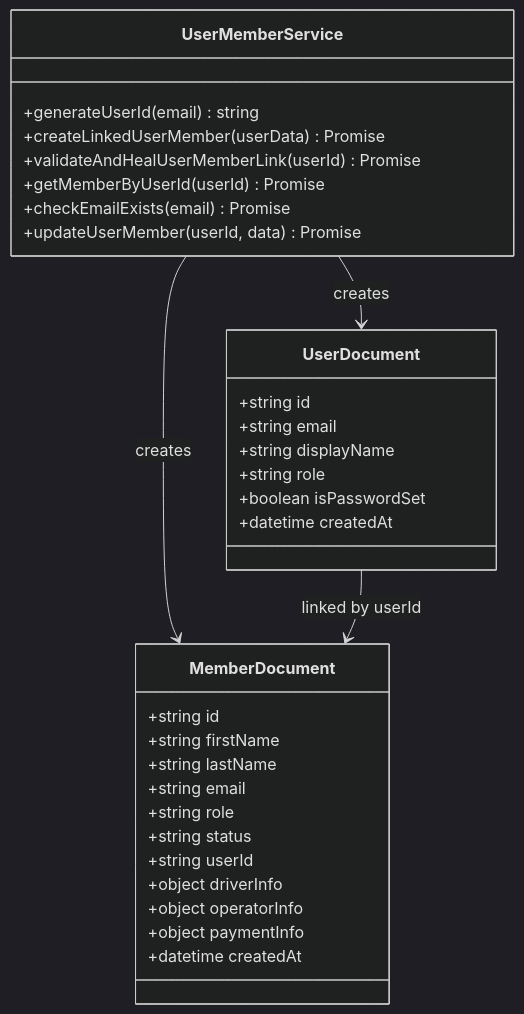
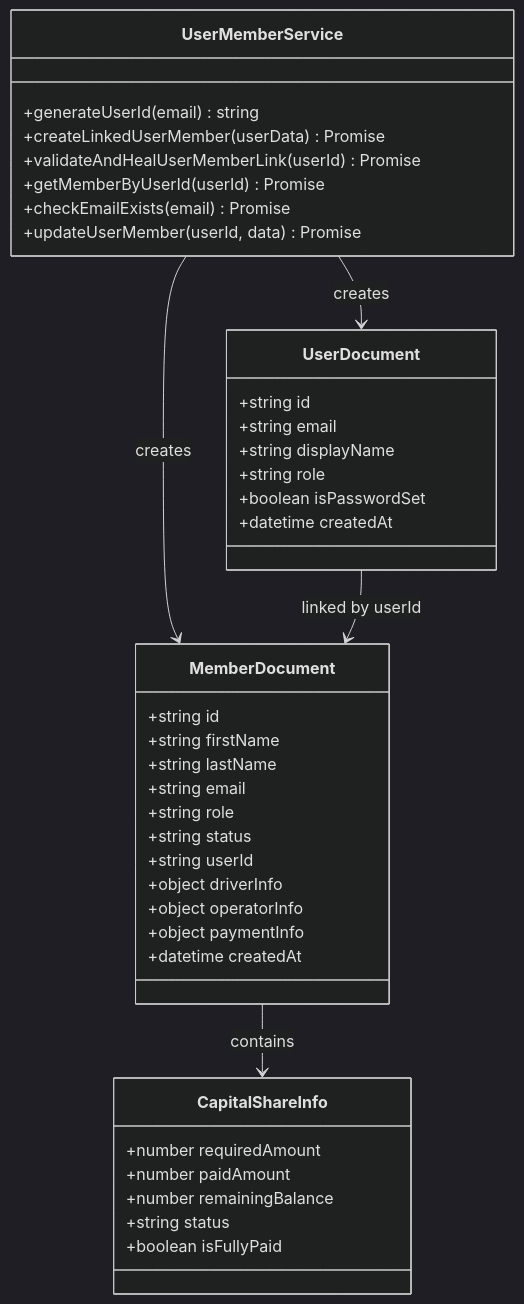
Before and after one commit to Unsure-bry/sampacoop_system: the seventh of 12 diagrams in .qoder/repowiki/en/content/Project Overview/Core Features & Functionality/Administrative Features/Capital Shares Management System.md, drawn with Mermaid (dark theme). The commit also changed other lines of this file and 5 other files, not shown here.

````diff
--- a/.qoder/repowiki/en/content/Project Overview/Core Features & Functionality/Administrative Features/Capital Shares Management System.md
+++ b/.qoder/repowiki/en/content/Project Overview/Core Features & Functionality/Administrative Features/Capital Shares Management System.md
@@ -294,35 +361,43 @@
 ```mermaid
 classDiagram
 class UserMemberService {
 +generateUserId(email) string
 +createLinkedUserMember(userData) Promise
 +validateAndHealUserMemberLink(userId) Promise
 +getMemberByUserId(userId) Promise
 +checkEmailExists(email) Promise
 +updateUserMember(userId, data) Promise
 }
 class UserDocument {
 +string id
 +string email
 +string displayName
 +string role
 +boolean isPasswordSet
 +datetime createdAt
 }
 class MemberDocument {
 +string id
 +string firstName
 +string lastName
 +string email
 +string role
 +string status
 +string userId
 +object driverInfo
 +object operatorInfo
 +object paymentInfo
 +datetime createdAt
 }
+class CapitalShareInfo {
++number requiredAmount
++number paidAmount
++number remainingBalance
++string status
++boolean isFullyPaid
+}
 UserMemberService --> UserDocument : creates
 UserMemberService --> MemberDocument : creates
+MemberDocument --> CapitalShareInfo : contains
 UserDocument --> MemberDocument : linked by userId
 ```
````
